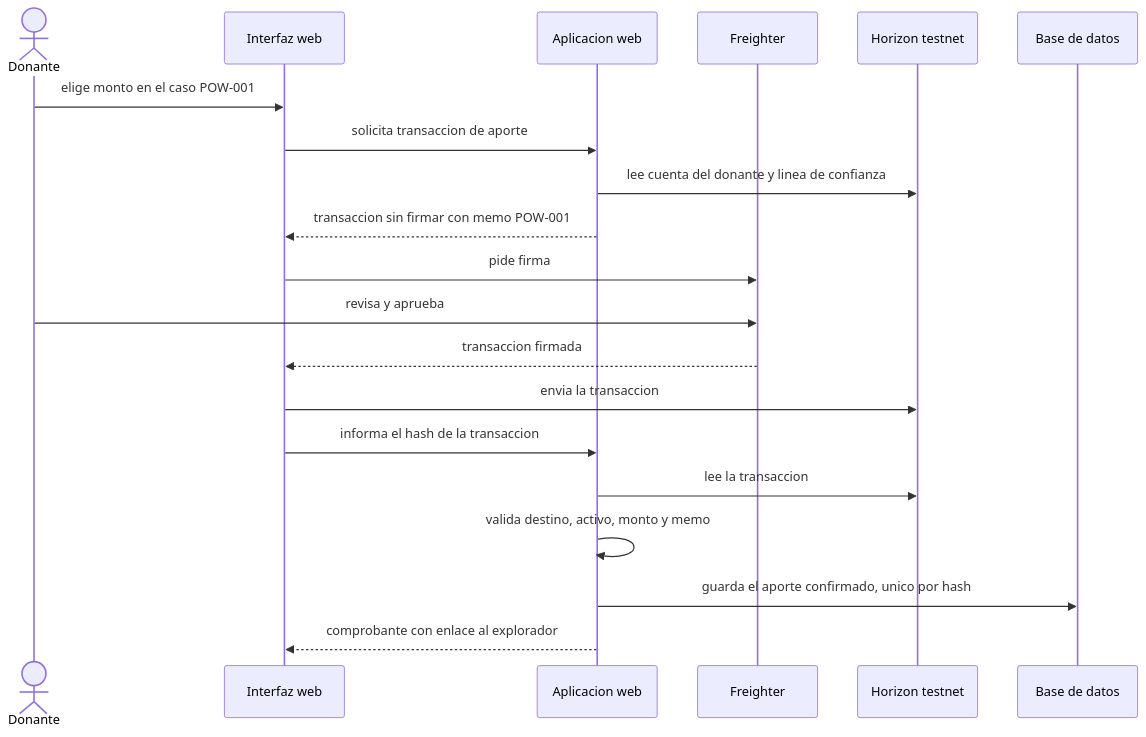
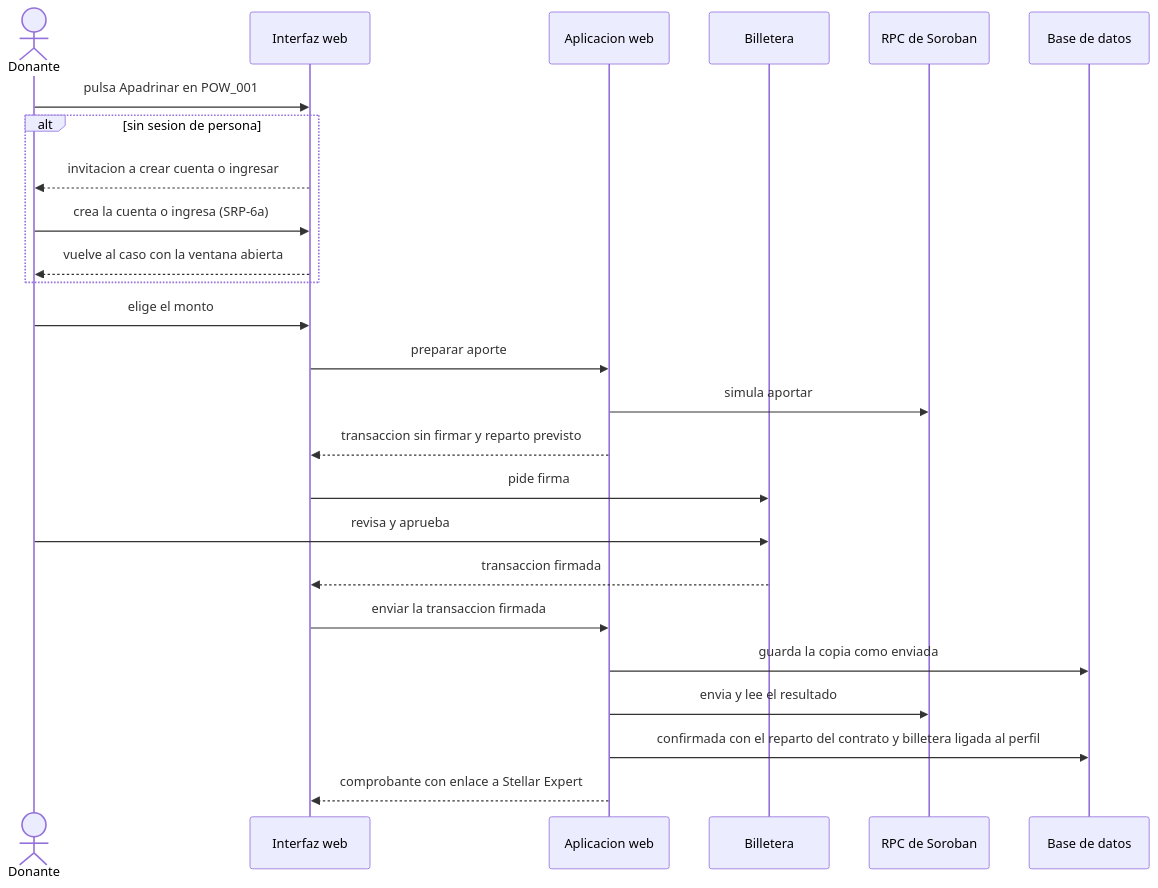
Before and after one commit to Javeriana-Blockchain/2026-II-proof-of-wild: the third of 5 diagrams in docs/arquitectura/arquitectura.md, drawn with Mermaid. The commit also changed other lines of this file and 2 other files, not shown here.

First line of the commit message:
docs(arquitectura): arquitectura, drivers y README al día con el código

````diff
--- a/docs/arquitectura/arquitectura.md
+++ b/docs/arquitectura/arquitectura.md
@@ -278,22 +313,27 @@
 ```mermaid
 sequenceDiagram
   actor D as Donante
   participant UI as Interfaz web
   participant API as Aplicacion web
-  participant W as Freighter
-  participant H as Horizon testnet
+  participant W as Billetera
+  participant R as RPC de Soroban
   participant DB as Base de datos
-  D->>UI: elige monto en el caso POW-001
-  UI->>API: solicita transaccion de aporte
-  API->>H: lee cuenta del donante y linea de confianza
-  API-->>UI: transaccion sin firmar con memo POW-001
+  D->>UI: pulsa Apadrinar en POW_001
+  alt sin sesion de persona
+    UI-->>D: invitacion a crear cuenta o ingresar
+    D->>UI: crea la cuenta o ingresa (SRP-6a)
+    UI-->>D: vuelve al caso con la ventana abierta
+  end
+  D->>UI: elige el monto
+  UI->>API: preparar aporte
+  API->>R: simula aportar
+  API-->>UI: transaccion sin firmar y reparto previsto
   UI->>W: pide firma
   D->>W: revisa y aprueba
   W-->>UI: transaccion firmada
-  UI->>H: envia la transaccion
-  UI->>API: informa el hash de la transaccion
-  API->>H: lee la transaccion
-  API->>API: valida destino, activo, monto y memo
-  API->>DB: guarda el aporte confirmado, unico por hash
-  API-->>UI: comprobante con enlace al explorador
+  UI->>API: enviar la transaccion firmada
+  API->>DB: guarda la copia como enviada
+  API->>R: envia y lee el resultado
+  API->>DB: confirmada con el reparto del contrato y billetera ligada al perfil
+  API-->>UI: comprobante con enlace a Stellar Expert
 ```
````
